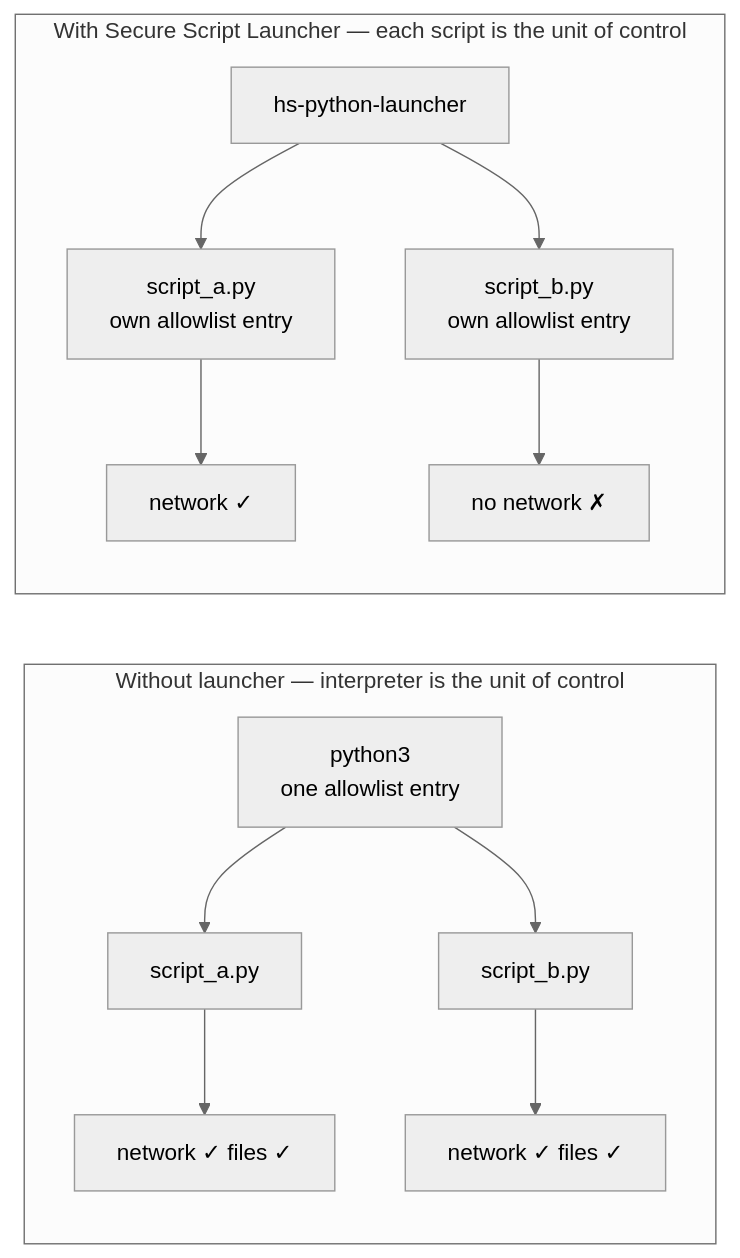
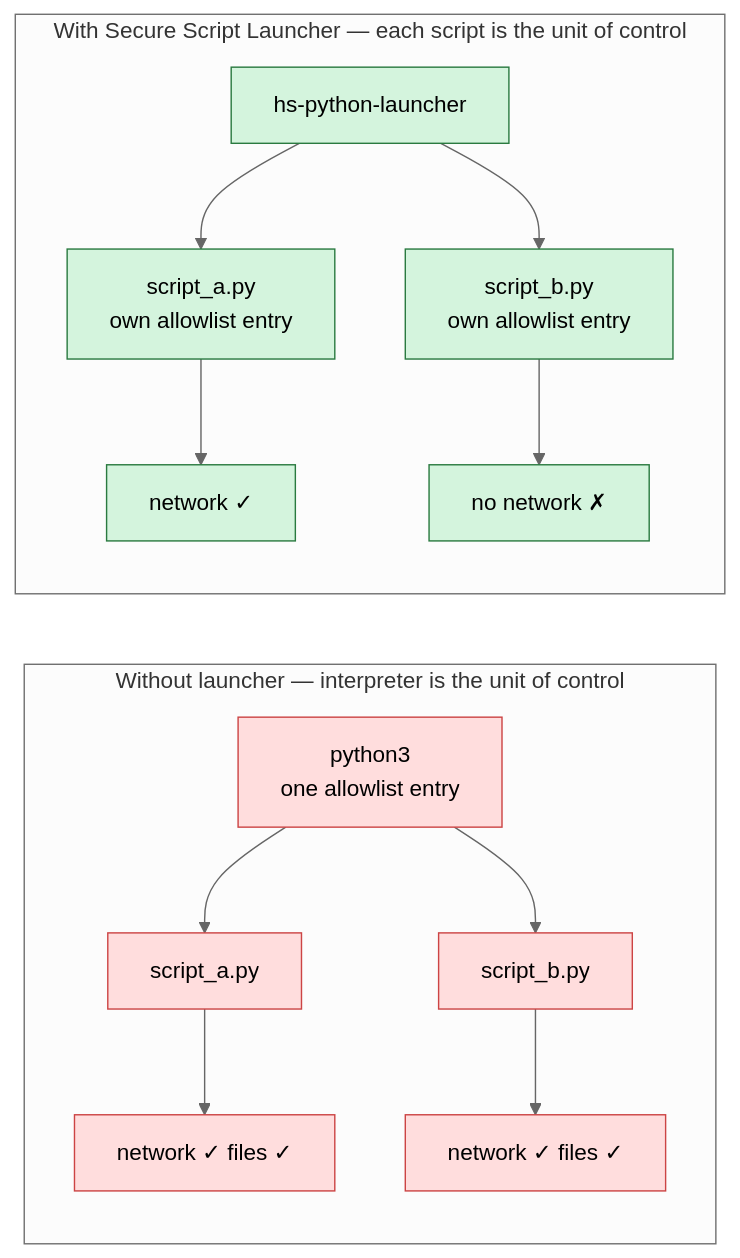
Before and after one commit to HeartSecuritySuite/heartsuite-docs: the diagram in content/en/docs/script-launchers/how-launchers-work/_index.md, drawn with Mermaid (neutral theme).

Commit message:
docs: color the script-launcher mermaid
Without-launcher path is red (over-privileged interpreter inheritance).
Secure Script Launcher path is green. Same Kernel architecture palette.

````diff
--- a/content/en/docs/script-launchers/how-launchers-work/_index.md
+++ b/content/en/docs/script-launchers/how-launchers-work/_index.md
@@ -18,16 +18,27 @@
 ```mermaid
 graph LR
     subgraph without["Without launcher — interpreter is the unit of control"]
         P["python3\none allowlist entry"] --> SA["script_a.py"]
         P --> SB["script_b.py"]
         SA --> PA["network ✓  files ✓"]
         SB --> PB["network ✓  files ✓"]
     end
 
     subgraph with["With Secure Script Launcher — each script is the unit of control"]
         L["hs-python-launcher"] --> SA2["script_a.py\nown allowlist entry"]
         L --> SB2["script_b.py\nown allowlist entry"]
         SA2 --> PA2["network ✓"]
         SB2 --> PB2["no network ✗"]
     end
+
+    style P fill:#fdd,stroke:#c44
+    style SA fill:#fdd,stroke:#c44
+    style SB fill:#fdd,stroke:#c44
+    style PA fill:#fdd,stroke:#c44
+    style PB fill:#fdd,stroke:#c44
+    style L fill:#d4f4dd,stroke:#2a7a40
+    style SA2 fill:#d4f4dd,stroke:#2a7a40
+    style SB2 fill:#d4f4dd,stroke:#2a7a40
+    style PA2 fill:#d4f4dd,stroke:#2a7a40
+    style PB2 fill:#d4f4dd,stroke:#2a7a40
 ```
````
